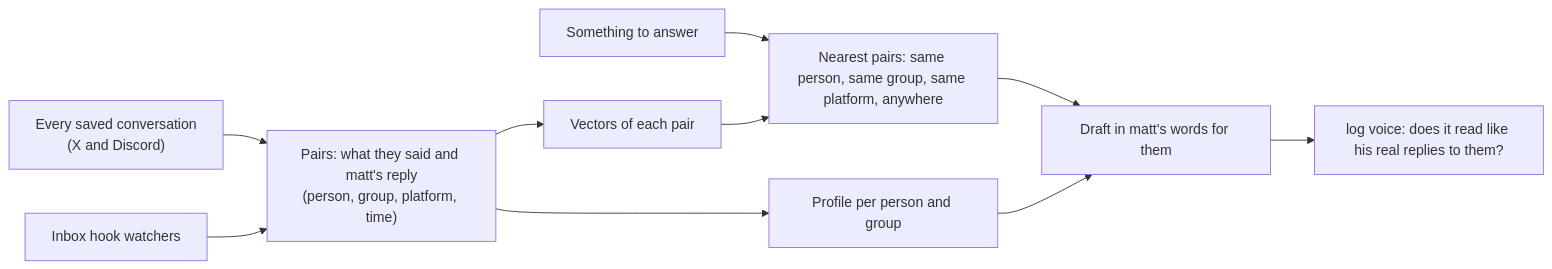
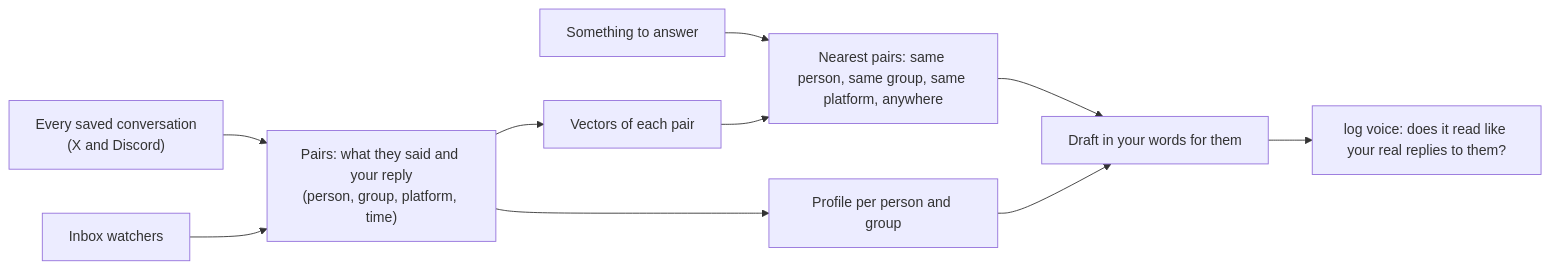
Before and after one commit to matthewdonsemail-lab/log: the diagram in docs/voice/perPersonVoice.md, drawn with Mermaid. The commit also changed other lines of this file and 53 other files, not shown here.

````diff
--- a/docs/voice/perPersonVoice.md
+++ b/docs/voice/perPersonVoice.md
@@ -29,12 +27,12 @@
 ```mermaid
 flowchart LR
-  saved["Every saved conversation<br/>(X and Discord)"] --> pairs["Pairs: what they said and matt's reply<br/>(person, group, platform, time)"]
+  saved["Every saved conversation<br/>(X and Discord)"] --> pairs["Pairs: what they said and your reply<br/>(person, group, platform, time)"]
   pairs --> vectors["Vectors of each pair"]
   pairs --> profile["Profile per person and group"]
   incoming["Something to answer"] --> lookup["Nearest pairs: same person, same group, same platform, anywhere"]
   vectors --> lookup
-  lookup --> draft["Draft in matt's words for them"]
+  lookup --> draft["Draft in your words for them"]
   profile --> draft
-  draft --> gate["log voice: does it read like his real replies to them?"]
-  live["Inbox hook watchers"] --> pairs
+  draft --> gate["log voice: does it read like your real replies to them?"]
+  live["Inbox watchers"] --> pairs
 ```
````
